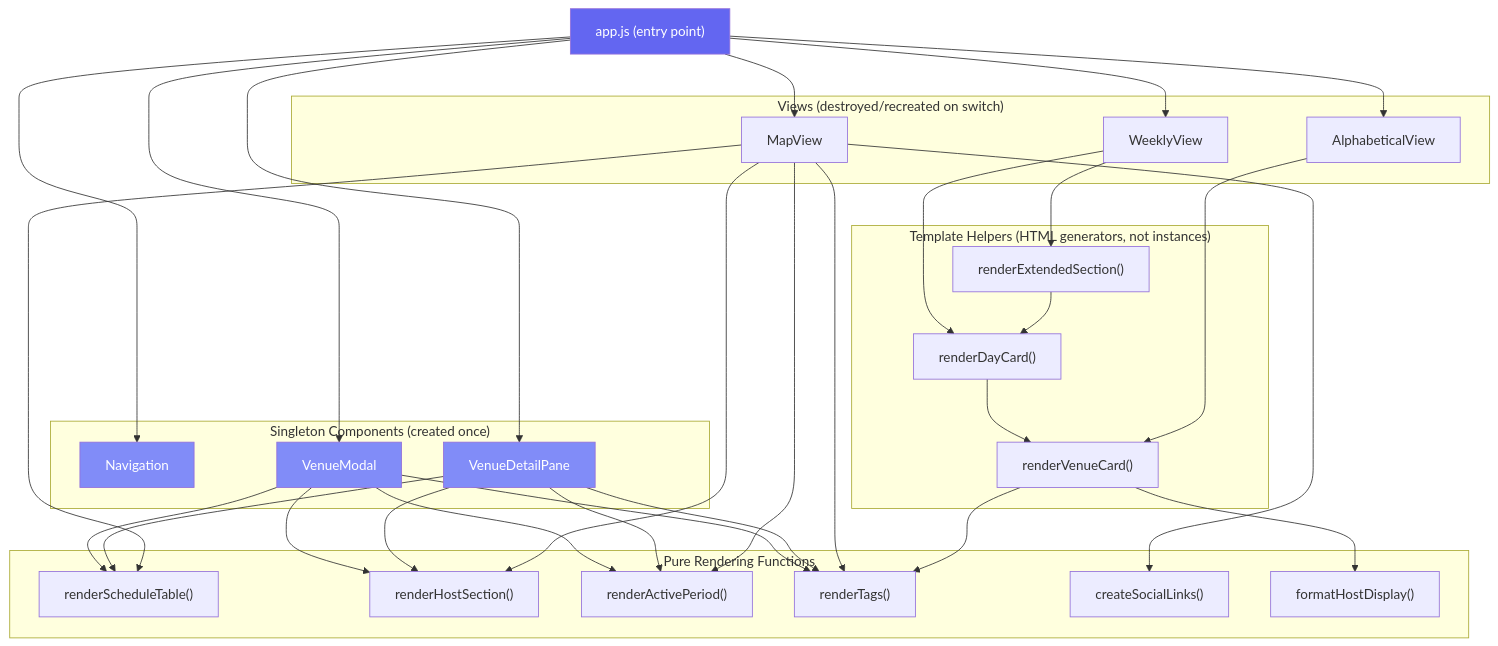
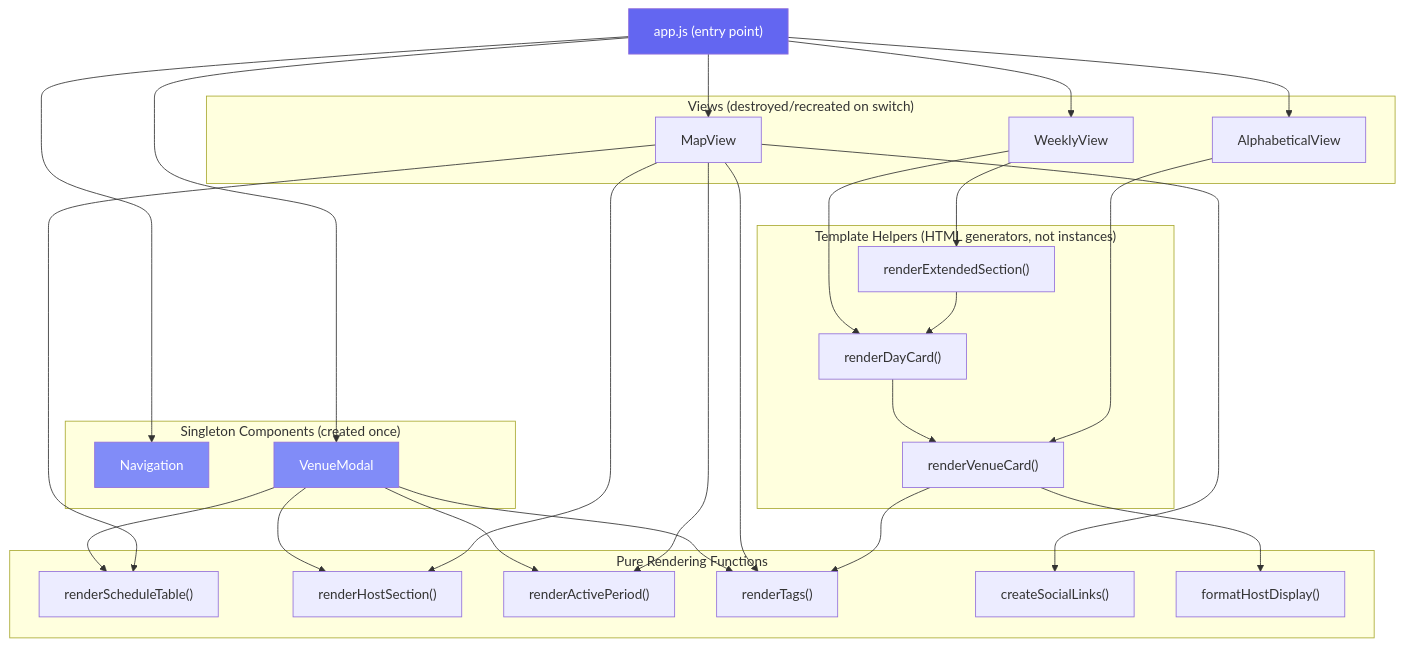
The second of 8 diagrams in docs/architecture.md (Johnesco/karaokedirectory), drawn with Mermaid before and after one commit. The commit also changed other lines of this file and 17 other files, not shown here.

First line of the commit message:
Remove the 1400px breakpoint and the desktop detail pane (#368)

````diff
--- a/docs/architecture.md
+++ b/docs/architecture.md
@@ -171,68 +163,61 @@
 ```mermaid
 graph TD
     APP["app.js (entry point)"]
 
     subgraph Singletons ["Singleton Components (created once)"]
         NAV["Navigation"]
         VM["VenueModal"]
-        VDP["VenueDetailPane"]
     end
 
     subgraph Views ["Views (destroyed/recreated on switch)"]
         WV["WeeklyView"]
         AV["AlphabeticalView"]
         MV["MapView"]
     end
 
     subgraph Templates ["Template Helpers (HTML generators, not instances)"]
         RDC["renderDayCard()"]
         RVC["renderVenueCard()"]
         RES["renderExtendedSection()"]
     end
 
     subgraph PureFns ["Pure Rendering Functions"]
         RST["renderScheduleTable()"]
         RHS["renderHostSection()"]
         RDR["renderActivePeriod()"]
         RT["renderTags()"]
         CSL["createSocialLinks()"]
         FHD["formatHostDisplay()"]
     end
 
     APP --> NAV
     APP --> VM
-    APP --> VDP
     APP --> WV
     APP --> AV
     APP --> MV
 
     WV --> RDC
     WV --> RES
     RDC --> RVC
     RES --> RDC
     AV --> RVC
 
     VM --> RST
     VM --> RHS
     VM --> RDR
     VM --> RT
 
-    VDP --> RST
-    VDP --> RHS
-    VDP --> RDR
-    VDP --> RT
 
     MV --> RST
     MV --> RHS
     MV --> RDR
     MV --> RT
     MV --> CSL
 
     RVC --> RT
     RVC --> FHD
 
     style APP fill:#6366f1,color:#fff
     style NAV fill:#818cf8,color:#fff
     style VM fill:#818cf8,color:#fff
-    style VDP fill:#818cf8,color:#fff
 ```
````
